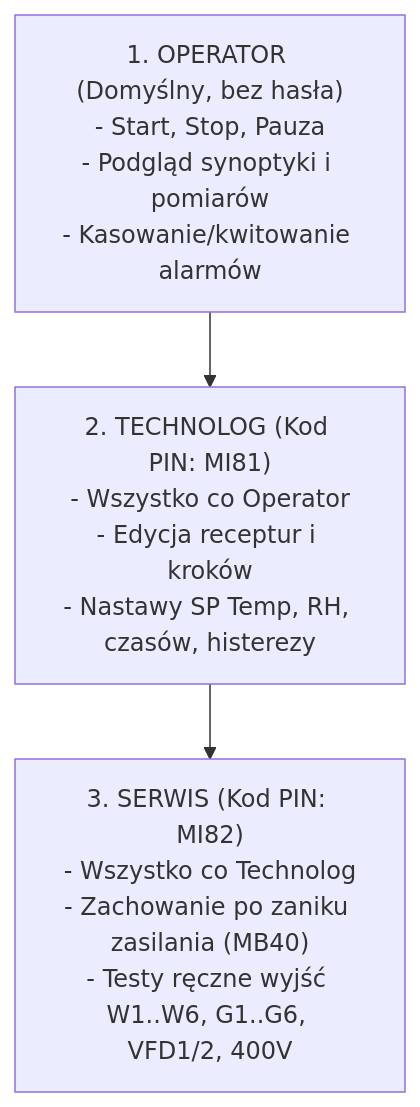
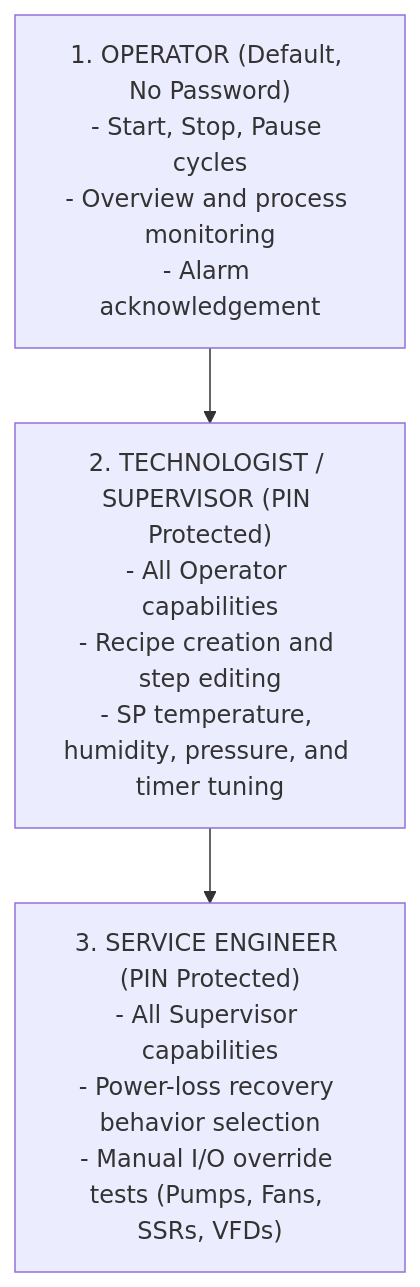
The diagram in hmi-displays-generator/ISA101_HMI_STANDARD.md (PROCHOTKILLER/visilogic-element-generators), drawn with Mermaid before and after one commit. The commit also changed other lines of this file and 48 other files, not shown here.

````diff
--- a/hmi-displays-generator/ISA101_HMI_STANDARD.md
+++ b/hmi-displays-generator/ISA101_HMI_STANDARD.md
@@ -27,9 +25,9 @@
 ```mermaid
 graph TD
-    Op["1. OPERATOR (Domyślny, bez hasła)<br/>- Start, Stop, Pauza<br/>- Podgląd synoptyki i pomiarów<br/>- Kasowanie/kwitowanie alarmów"]
-    Tech["2. TECHNOLOG (Kod PIN: MI81)<br/>- Wszystko co Operator<br/>- Edycja receptur i kroków<br/>- Nastawy SP Temp, RH, czasów, histerezy"]
-    Serw["3. SERWIS (Kod PIN: MI82)<br/>- Wszystko co Technolog<br/>- Zachowanie po zaniku zasilania (MB40)<br/>- Testy ręczne wyjść W1..W6, G1..G6, VFD1/2, 400V"]
+    Op["1. OPERATOR (Default, No Password)<br/>- Start, Stop, Pause cycles<br/>- Overview and process monitoring<br/>- Alarm acknowledgement"]
+    Tech["2. TECHNOLOGIST / SUPERVISOR (PIN Protected)<br/>- All Operator capabilities<br/>- Recipe creation and step editing<br/>- SP temperature, humidity, pressure, and timer tuning"]
+    Serv["3. SERVICE ENGINEER (PIN Protected)<br/>- All Supervisor capabilities<br/>- Power-loss recovery behavior selection<br/>- Manual I/O override tests (Pumps, Fans, SSRs, VFDs)"]
     
     Op --> Tech
-    Tech --> Serw
+    Tech --> Serv
 ```
````
